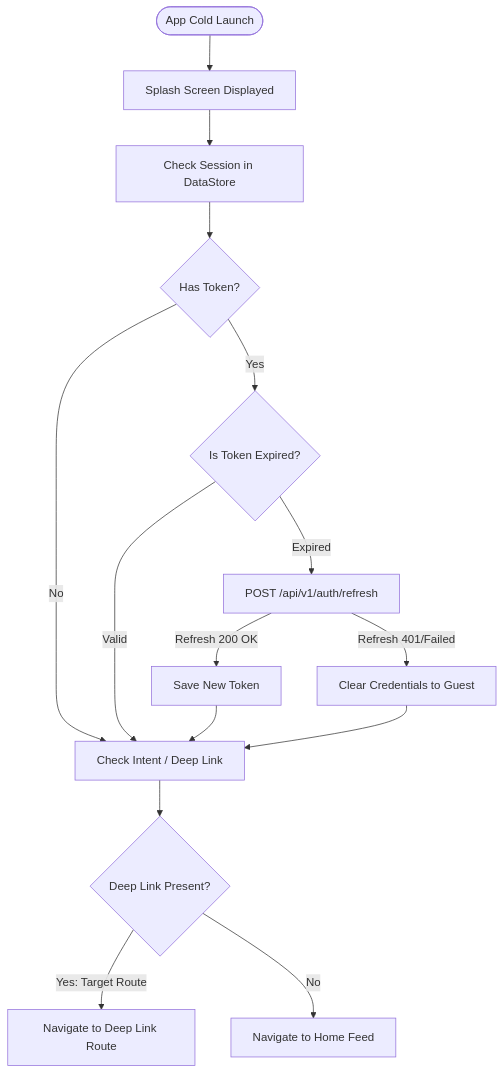
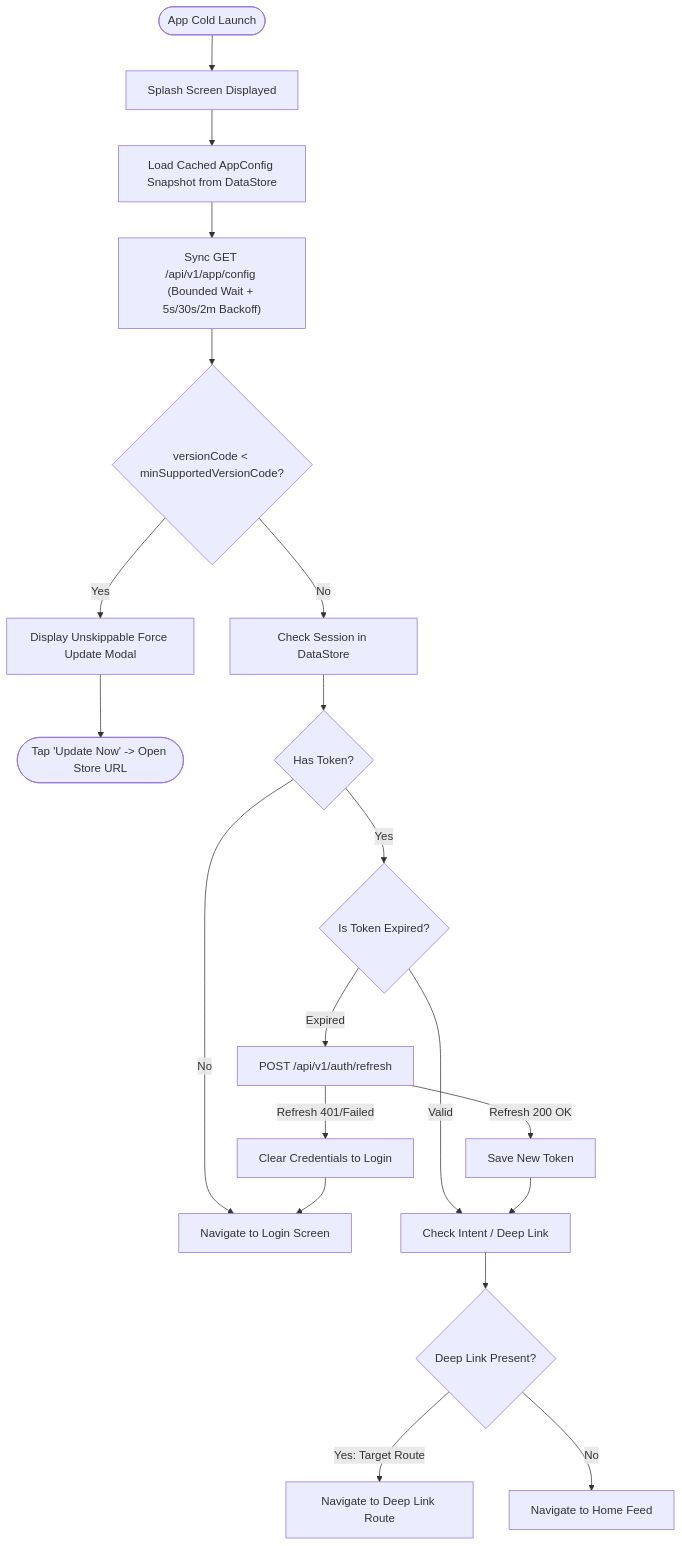
The diagram in docs/product/routes/splash/index.md (Huythanh0x/course_deals_ComposeMultiplatform), drawn with Mermaid before and after one commit. The commit also changed other lines of this file and 36 other files, not shown here.

````diff
--- a/docs/product/routes/splash/index.md
+++ b/docs/product/routes/splash/index.md
@@ -10,19 +10,25 @@
 ```mermaid
 flowchart TD
     Launch([App Cold Launch]) --> Init[Splash Screen Displayed]
-    Init --> CheckAuth[Check Session in DataStore]
+    Init --> LoadCachedConfig[Load Cached AppConfig Snapshot from DataStore]
+    LoadCachedConfig --> SyncRemoteConfig["Sync GET /api/v1/app/config (Bounded Wait + 5s/30s/2m Backoff)"]
+    SyncRemoteConfig --> CheckVersion{"versionCode < minSupportedVersionCode?"}
 
+    CheckVersion -->|Yes| ForceUpdate["Display Unskippable Force Update Modal"]
+    ForceUpdate --> OpenStore([Tap 'Update Now' -> Open Store URL])
+
+    CheckVersion -->|No| CheckAuth[Check Session in DataStore]
     CheckAuth --> HasToken{Has Token?}
-    HasToken -->|No| CheckDeepLink[Check Intent / Deep Link]
+    HasToken -->|No| NavLogin[Navigate to Login Screen]
     HasToken -->|Yes| RefreshToken{Is Token Expired?}
 
-    RefreshToken -->|Valid| CheckDeepLink
+    RefreshToken -->|Valid| CheckDeepLink[Check Intent / Deep Link]
     RefreshToken -->|Expired| CallRefresh[POST /api/v1/auth/refresh]
 
     CallRefresh -->|Refresh 200 OK| SaveNewToken[Save New Token] --> CheckDeepLink
-    CallRefresh -->|Refresh 401/Failed| ClearSession[Clear Credentials to Guest] --> CheckDeepLink
+    CallRefresh -->|Refresh 401/Failed| ClearSession[Clear Credentials to Login] --> NavLogin
 
     CheckDeepLink --> HasLink{Deep Link Present?}
     HasLink -->|Yes: Target Route| NavTarget[Navigate to Deep Link Route]
     HasLink -->|No| NavHome[Navigate to Home Feed]
 ```
````
